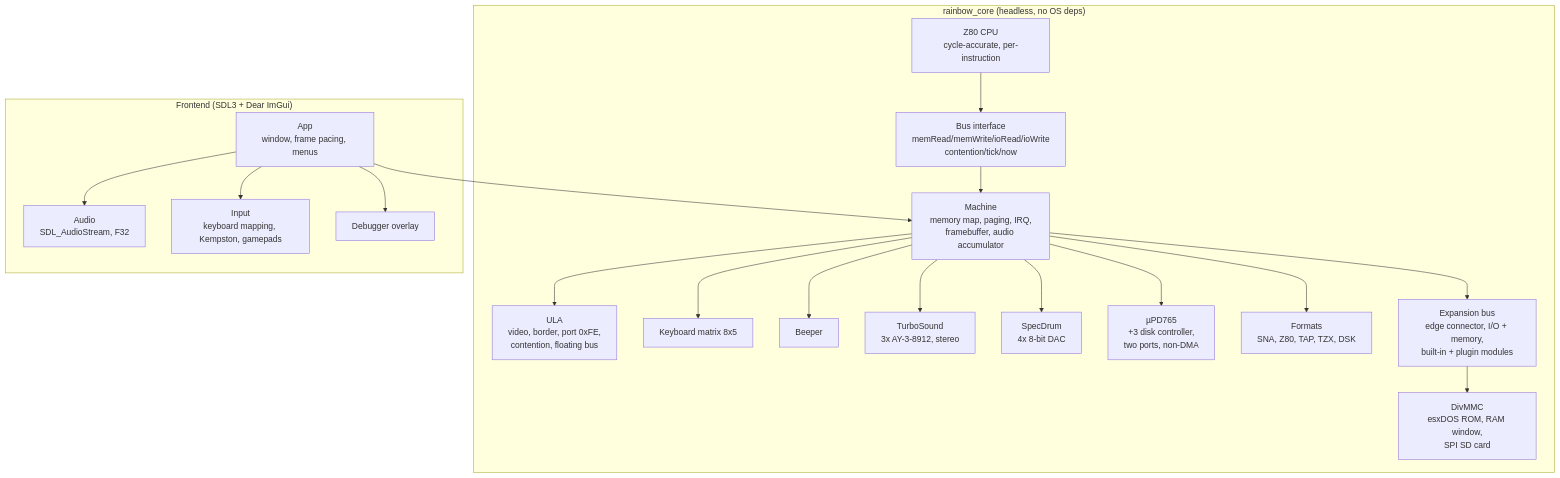
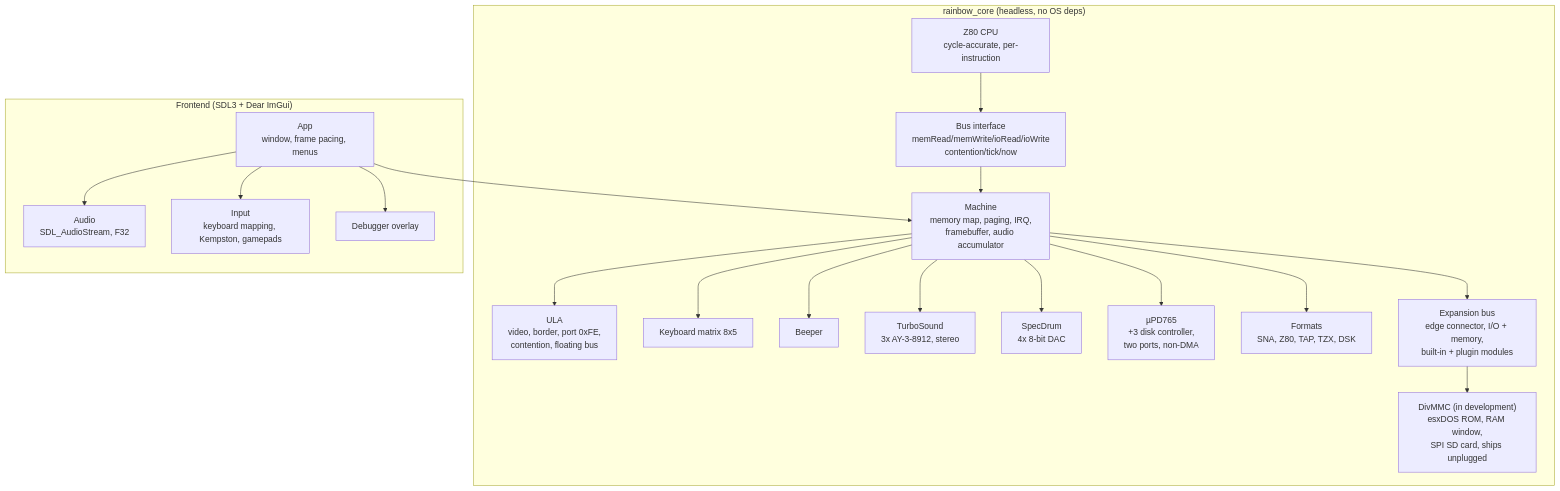
One commit to DruzhininPavel/RainbowNext changed the diagram in docs/ARCHITECTURE.md. Above: the diagram before and after it, drawn with Mermaid. The commit also changed other lines of this file and 51 other files, not shown here.

````diff
--- a/docs/ARCHITECTURE.md
+++ b/docs/ARCHITECTURE.md
@@ -7,40 +7,40 @@
 ```mermaid
 flowchart TD
     subgraph core["rainbow_core (headless, no OS deps)"]
         Z80["Z80 CPU<br/>cycle-accurate, per-instruction"]
         BUS["Bus interface<br/>memRead/memWrite/ioRead/ioWrite<br/>contention/tick/now"]
         ULA["ULA<br/>video, border, port 0xFE,<br/>contention, floating bus"]
         KBD["Keyboard matrix 8x5"]
         BEEP["Beeper"]
         MACH["Machine<br/>memory map, paging, IRQ,<br/>framebuffer, audio accumulator"]
         AY["TurboSound<br/>3x AY-3-8912, stereo"]
         DAC["SpecDrum<br/>4x 8-bit DAC"]
         FDC["µPD765<br/>+3 disk controller,<br/>two ports, non-DMA"]
         FMT["Formats<br/>SNA, Z80, TAP, TZX, DSK"]
         EXP["Expansion bus<br/>edge connector, I/O + memory,<br/>built-in + plugin modules"]
-        MMC["DivMMC<br/>esxDOS ROM, RAM window,<br/>SPI SD card"]
+        MMC["DivMMC (in development)<br/>esxDOS ROM, RAM window,<br/>SPI SD card, ships unplugged"]
     end
 
     subgraph host["Frontend (SDL3 + Dear ImGui)"]
         APP["App<br/>window, frame pacing, menus"]
         AUD["Audio<br/>SDL_AudioStream, F32"]
         INP["Input<br/>keyboard mapping, Kempston, gamepads"]
         DBG["Debugger overlay"]
     end
 
     Z80 --> BUS
     BUS --> MACH
     MACH --> ULA
     MACH --> KBD
     MACH --> BEEP
     MACH --> AY
     MACH --> DAC
     MACH --> FDC
     MACH --> FMT
     MACH --> EXP
     EXP --> MMC
     APP --> MACH
     APP --> AUD
     APP --> INP
     APP --> DBG
 ```
````
